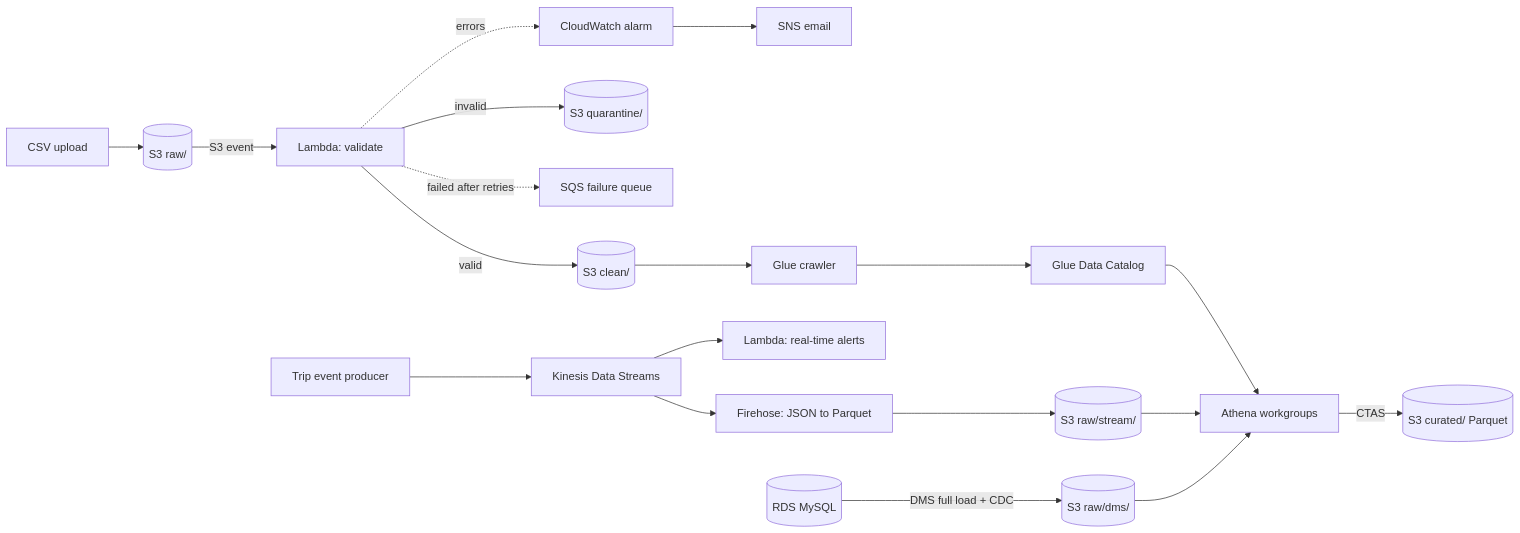
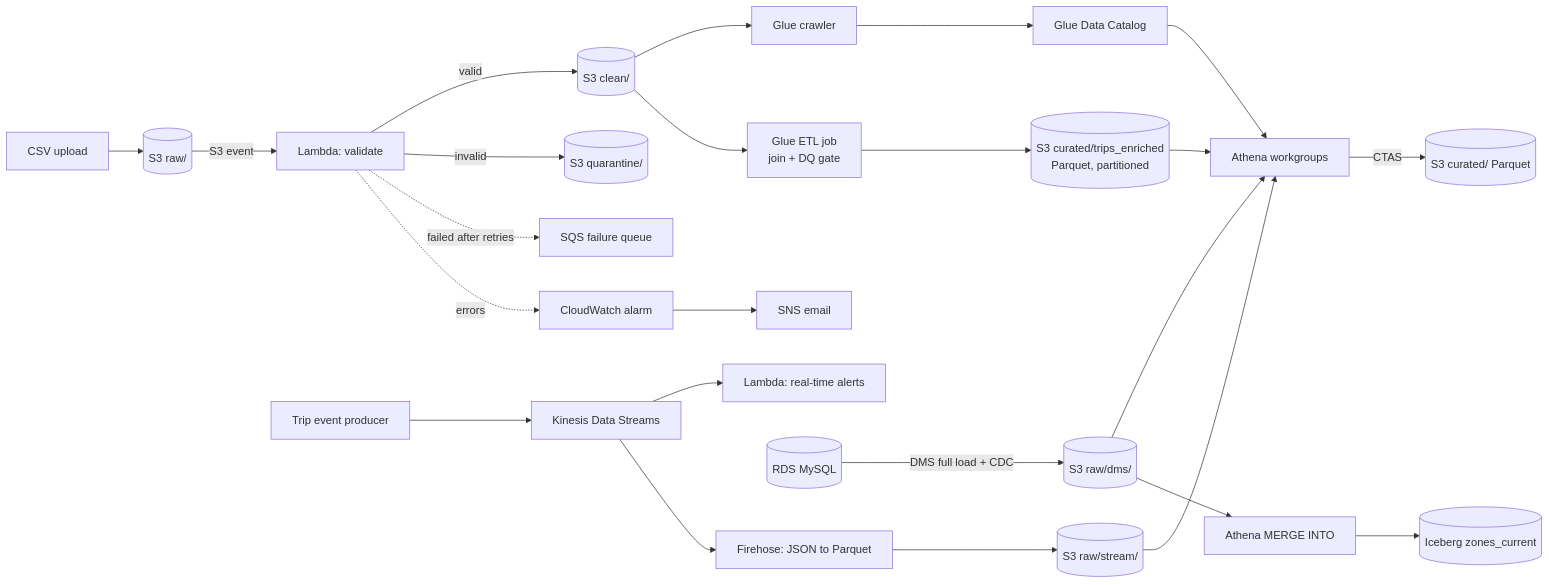
One commit to DataPoole/dea-lab changed the diagram in README.md. Above: the diagram before and after it, drawn with Mermaid. The commit also changed other lines of this file and 7 other files, not shown here.

Commit message:
Build 6: ETL with data quality gates and Iceberg MERGE

````diff
--- a/README.md
+++ b/README.md
@@ -10,18 +10,21 @@
 ```mermaid
 flowchart LR
   U[CSV upload] --> R[(S3 raw/)]
   R -->|S3 event| L[Lambda: validate]
   L -->|valid| C[(S3 clean/)]
   L -->|invalid| Q[(S3 quarantine/)]
   L -.->|failed after retries| D[SQS failure queue]
   L -.->|errors| A[CloudWatch alarm] --> S[SNS email]
   C --> K[Glue crawler] --> G[Glue Data Catalog]
   G --> AT[Athena workgroups]
   AT -->|CTAS| P[(S3 curated/ Parquet)]
   PR[Trip event producer] --> KS[Kinesis Data Streams]
   KS --> LB[Lambda: real-time alerts]
   KS --> FH[Firehose: JSON to Parquet] --> RS[(S3 raw/stream/)]
   RS --> AT
   DB[(RDS MySQL)] -->|DMS full load + CDC| DM[(S3 raw/dms/)]
   DM --> AT
+  C --> GJ[Glue ETL job<br/>join + DQ gate] --> E[(S3 curated/trips_enriched<br/>Parquet, partitioned)]
+  E --> AT
+  DM --> MG[Athena MERGE INTO] --> IC[(Iceberg zones_current)]
 ```
````
